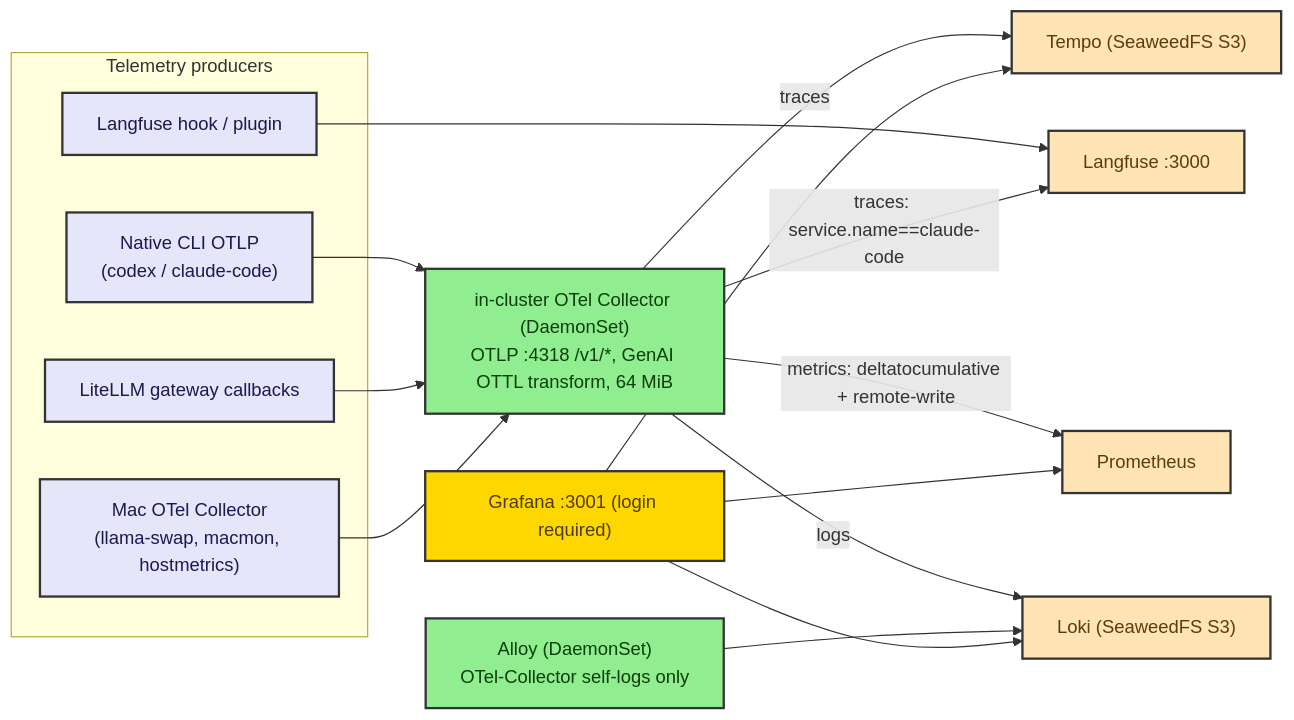
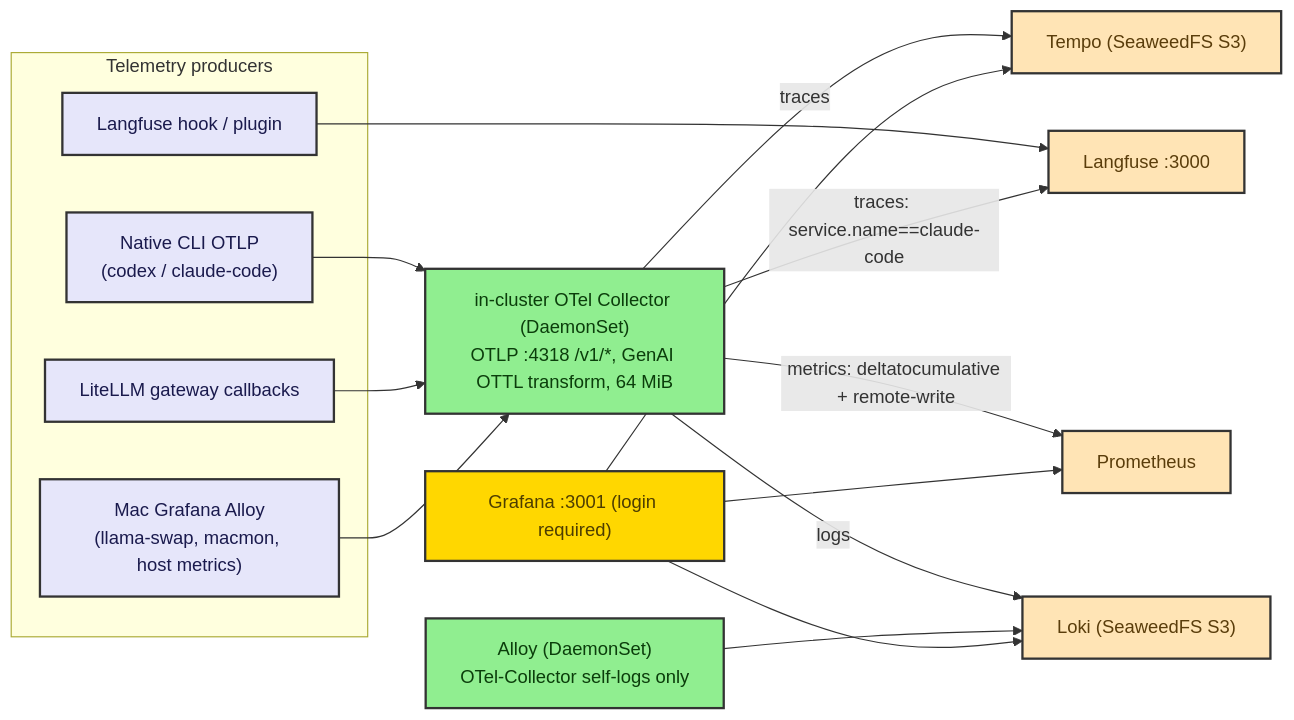
One commit to RickDavis404/ai-infra-platform changed the fourth of 4 diagrams in docs/architecture.md. Above: the diagram before and after it, drawn with Mermaid. The commit also changed other lines of this file and 11 other files, not shown here.

First line of the commit message:
docs: profiles + resource preflight, agent-auth, architecture, positioning

````diff
--- a/docs/architecture.md
+++ b/docs/architecture.md
@@ -337,36 +337,36 @@
 ```mermaid
 flowchart LR
     subgraph PROD["Telemetry producers"]
         N1["Native CLI OTLP<br/>(codex / claude-code)"]
         N2["Langfuse hook / plugin"]
         N3["LiteLLM gateway callbacks"]
-        N4["Mac OTel Collector<br/>(llama-swap, macmon, hostmetrics)"]
+        N4["Mac Grafana Alloy<br/>(llama-swap, macmon, host metrics)"]
     end
     OC["in-cluster OTel Collector (DaemonSet)<br/>OTLP :4318 /v1/*, GenAI OTTL transform, 64 MiB"]
     LF["Langfuse :3000"]
     TE["Tempo (SeaweedFS S3)"]
     PR["Prometheus"]
     LO["Loki (SeaweedFS S3)"]
     AL["Alloy (DaemonSet)<br/>OTel-Collector self-logs only"]
     GR["Grafana :3001 (login required)"]
     N1 --> OC
     N3 --> OC
     N4 --> OC
     N2 --> LF
     OC -->|"traces"| TE
     OC -->|"traces: service.name==claude-code"| LF
     OC -->|"metrics: deltatocumulative + remote-write"| PR
     OC -->|"logs"| LO
     AL --> LO
     GR --> PR
     GR --> LO
     GR --> TE
     classDef prod fill:#E6E6FA,stroke:#333,stroke-width:2px,color:#1a1a4d
     classDef collector fill:#90EE90,stroke:#333,stroke-width:2px,color:#0b3d0b
     classDef store fill:#FFE4B5,stroke:#333,stroke-width:2px,color:#5a3d0b
     classDef ui fill:#FFD700,stroke:#333,stroke-width:2px,color:#4d3d00
     class N1,N2,N3,N4 prod
     class OC,AL collector
     class TE,PR,LO,LF store
     class GR ui
 ```
````
